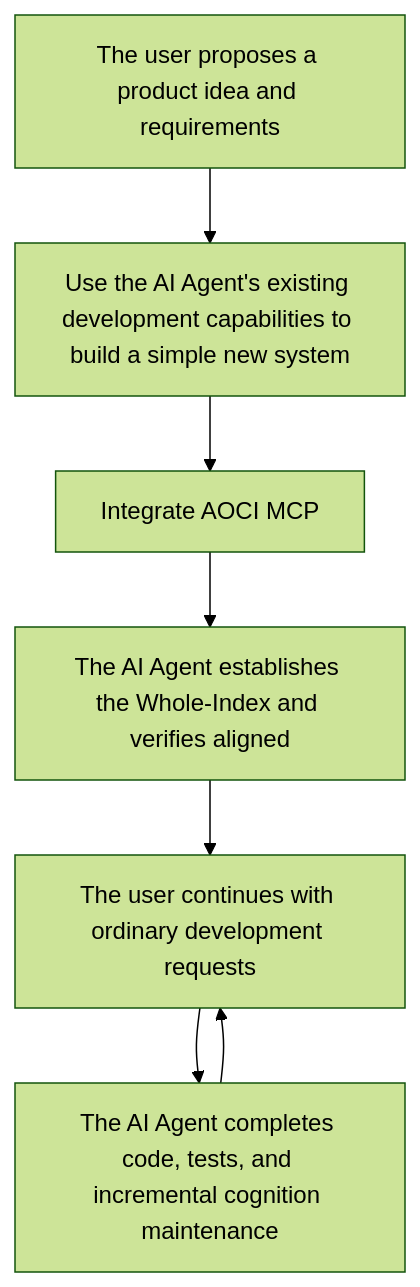
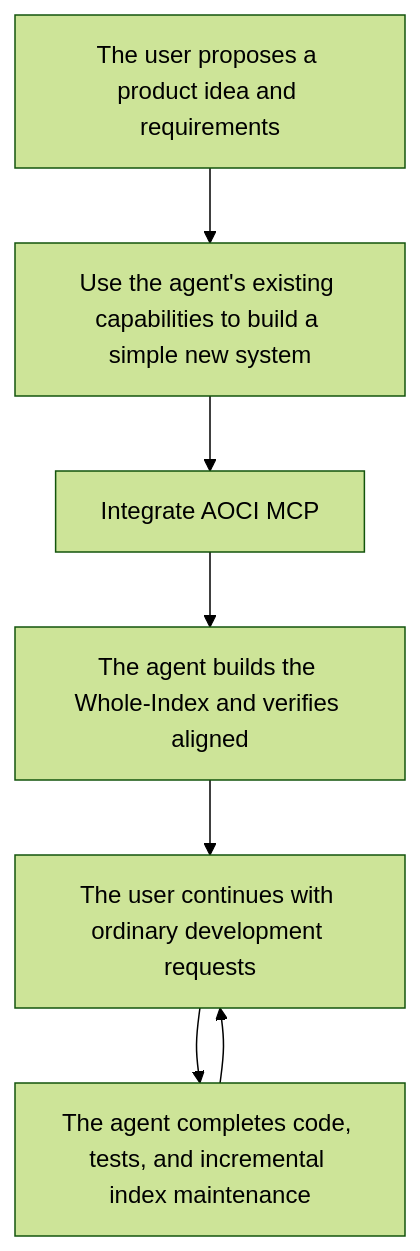
The first of 2 diagrams in README.md (aoci-spec/aoci-code), drawn with Mermaid (forest theme) before and after one commit. The commit also changed other lines of this file and 2 other files, not shown here.

````diff
--- a/README.md
+++ b/README.md
@@ -324,9 +320,9 @@
 ```mermaid
 flowchart TD
-    I["The user proposes a product idea and requirements"] --> S["Use the AI Agent's existing development capabilities to build a simple new system"]
+    I["The user proposes a product idea and requirements"] --> S["Use the agent's existing capabilities to build a simple new system"]
     S --> Q["Integrate AOCI MCP"]
-    Q --> V["The AI Agent establishes the Whole-Index and verifies aligned"]
+    Q --> V["The agent builds the Whole-Index and verifies aligned"]
     V --> N["The user continues with ordinary development requests"]
-    N --> M["The AI Agent completes code, tests, and incremental cognition maintenance"]
+    N --> M["The agent completes code, tests, and incremental index maintenance"]
     M --> N
 ```
````
